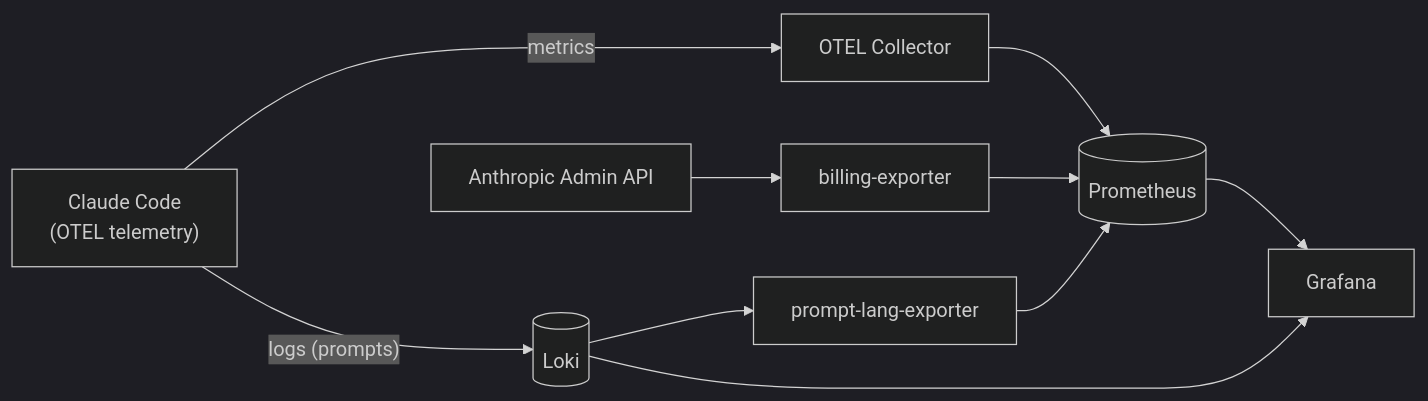
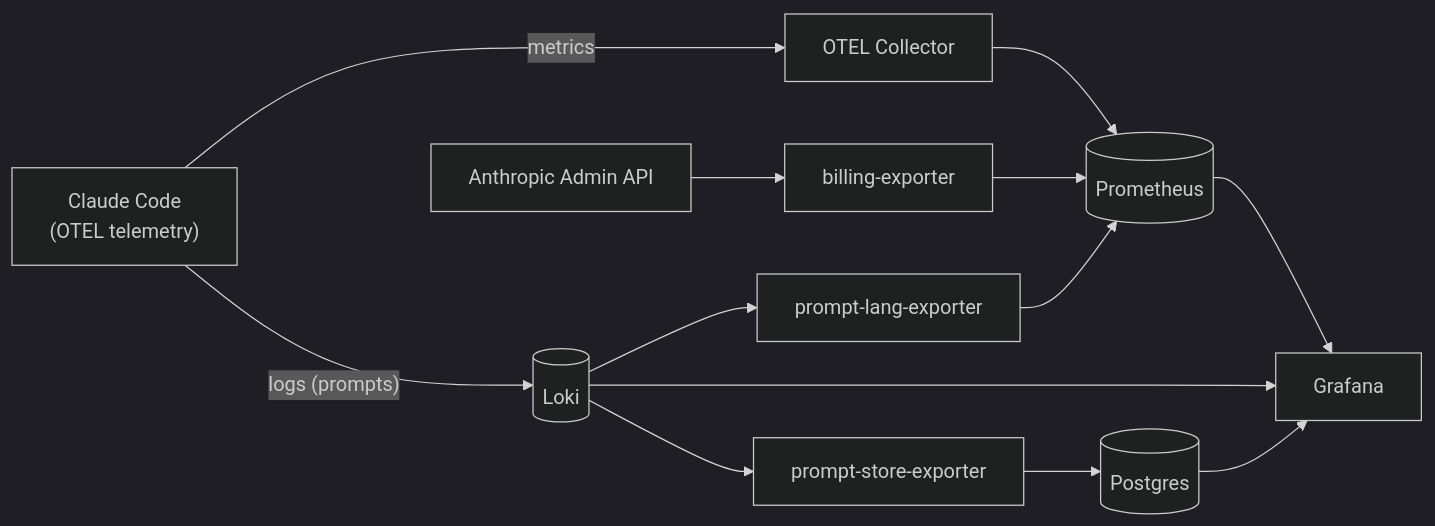
The first of 2 diagrams in README.md (cognitive-ops/token-guard), drawn with Mermaid (dark theme) before and after one commit. The commit also changed other lines of this file and 8 other files, not shown here.

Commit message:
feat: add Postgres support for storing raw prompt content and implement prompt-store exporter

````diff
--- a/README.md
+++ b/README.md
@@ -10,15 +10,17 @@
 ```mermaid
 flowchart LR
     CC["Claude Code<br/>(OTEL telemetry)"]
     ADMIN["Anthropic Admin API"]
 
     CC -- metrics --> COL["OTEL Collector"]
     CC -- "logs (prompts)" --> LOKI[("Loki")]
     COL --> PROM[("Prometheus")]
 
     ADMIN --> BEXP["billing-exporter"] --> PROM
     LOKI --> PLEXP["prompt-lang-exporter"] --> PROM
+    LOKI --> PSEXP["prompt-store-exporter"] --> PG[("Postgres")]
 
     PROM --> GRAF["Grafana"]
     LOKI --> GRAF
+    PG --> GRAF
 ```
````
